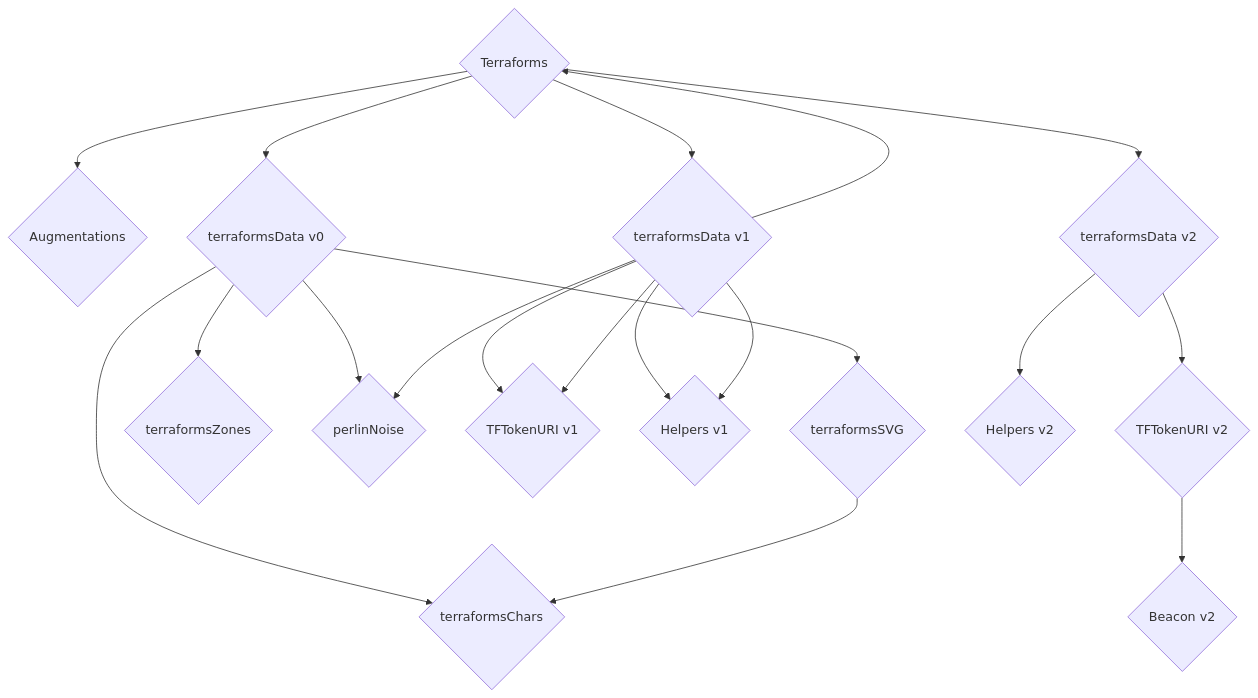
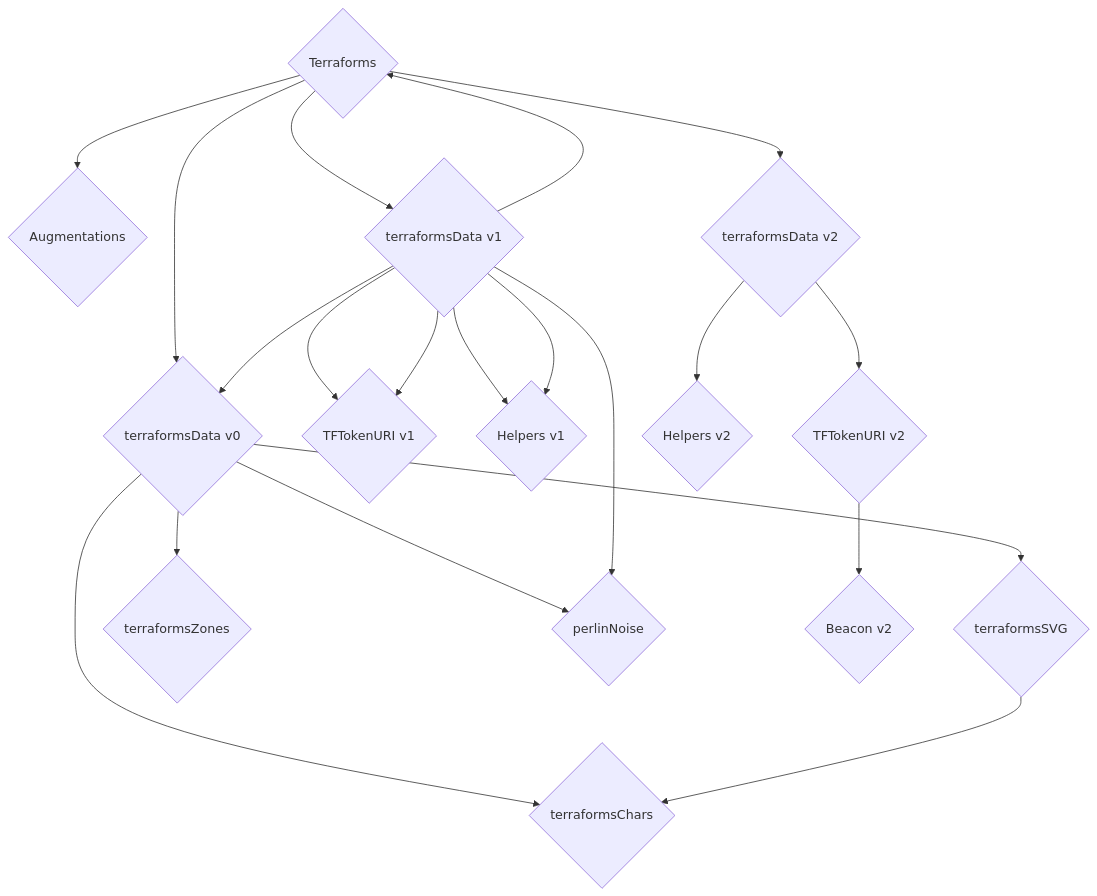
The first of 2 diagrams in contracts/Terraforms.md (thebadcc/terraform-docs), drawn with Mermaid before and after one commit.

````diff
--- a/contracts/Terraforms.md
+++ b/contracts/Terraforms.md
@@ -22,21 +22,22 @@
 ```mermaid
 graph TD
     A{Terraforms} --> B{Augmentations}
     A --> C{terraformsData v0}
     A --> D{terraformsData v1}
     A --> E{terraformsData v2}
     C --> F{terraformsSVG}
     C --> G{terraformsChars}
     C --> H{terraformsZones}
     C --> I{perlinNoise}
     D --> J{TFTokenURI v1}
     D --> K{Helpers v1}
     E --> L{TFTokenURI v2}
     E --> M{Helpers v2}
     F --> G
     L --> N{Beacon v2}
     D --> A
     D --> K
     D --> J
     D --> I
+    D --> C
 ```
````
